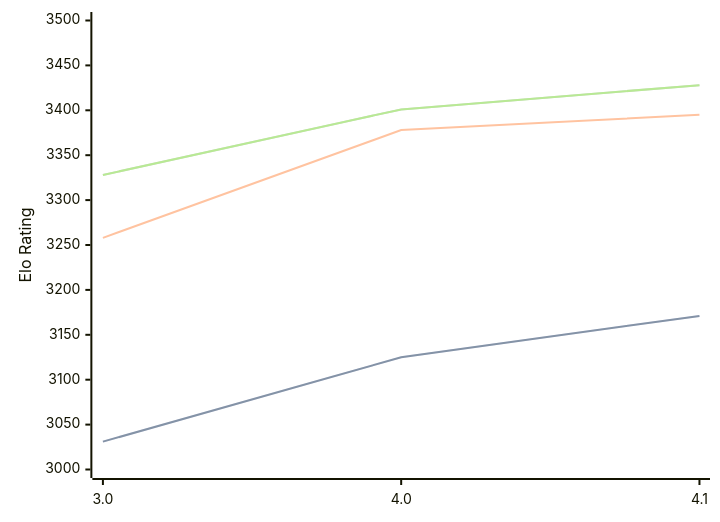
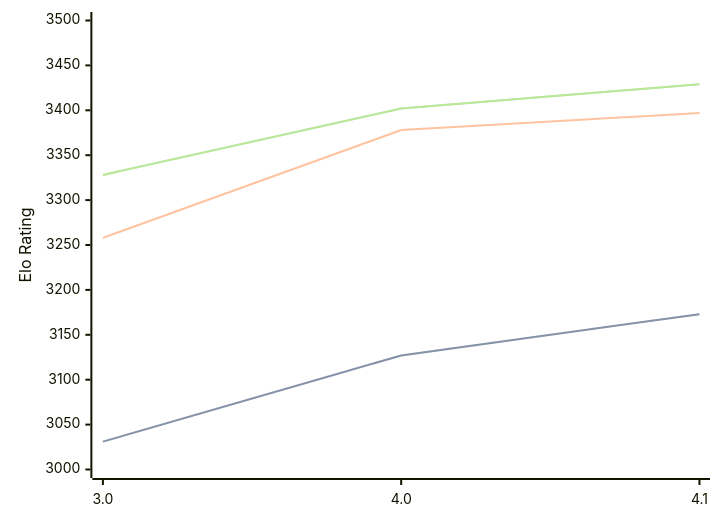
Before and after one commit to computer-chess-index/cci: the diagram in engines/Eleanor.md, drawn with Mermaid. The commit also changed other lines of this file, not shown here.

Commit message:
Update CCI Ratings (ELO VLTC) - 2026-09-14

````diff
--- a/engines/Eleanor.md
+++ b/engines/Eleanor.md
@@ -33,11 +33,11 @@
 ```mermaid
 %%{init: {"theme":"base","themeVariables":{"seriesColors:['#a3a3a3','#222221','#faa371']}}}%%
 xychart-beta
   x-axis ["3.0", "4.0", "4.1"]
   y-axis "Elo Rating" 3000 --> 3500
-  line "" [3031, 3125, 3171]
-  line "STC (8.0+0.08s)" [3031, 3125, 3171]
-  line "LTC (60.0+0.60s)" [3258, 3378, 3395]
-  line "" [3328, 3401, 3428]
-  line "VLTC (2m24s+1.12s)" [3328, 3401, 3428]
+  line "" [3031, 3127, 3173]
+  line "STC (8.0+0.08s)" [3031, 3127, 3173]
+  line "LTC (60.0+0.60s)" [3258, 3378, 3397]
+  line "" [3328, 3402, 3429]
+  line "VLTC (2m24s+1.12s)" [3328, 3402, 3429]
 ```
````
